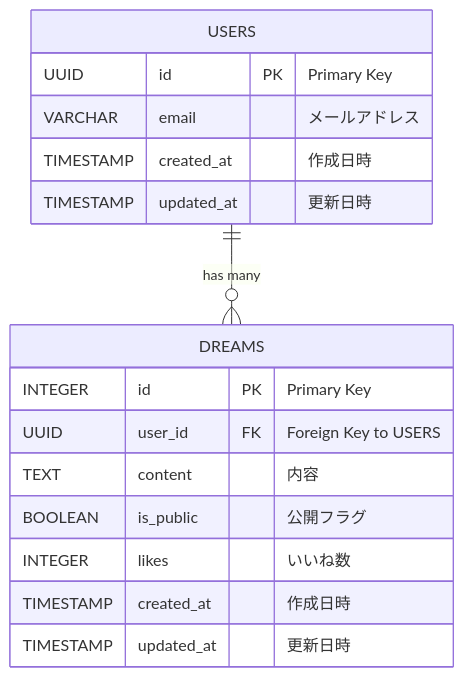
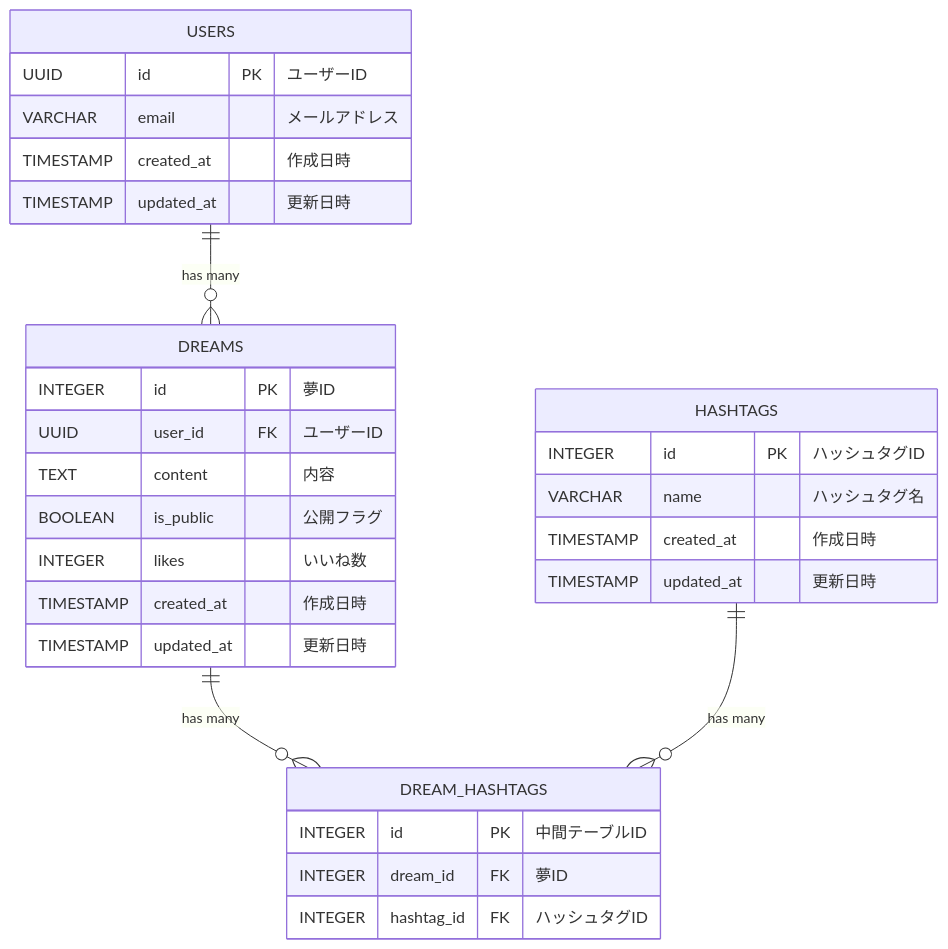
The diagram in README.md (JS-Ninjaaaa/dream-base), drawn with Mermaid before and after one commit. The commit also changed 1 other file, not shown here.

Commit message:
Update ER diagram

````diff
--- a/README.md
+++ b/README.md
@@ -53,19 +53,32 @@
 ```mermaid
 erDiagram
     USERS {
-        UUID id PK "Primary Key"
+        UUID id PK "ユーザーID"
         VARCHAR email "メールアドレス"
         TIMESTAMP created_at "作成日時"
         TIMESTAMP updated_at "更新日時"
     }
     DREAMS {
-        INTEGER id PK "Primary Key"
-        UUID user_id FK "Foreign Key to USERS"
+        INTEGER id PK "夢ID"
+        UUID user_id FK "ユーザーID"
         TEXT content "内容"
         BOOLEAN is_public "公開フラグ"
         INTEGER likes "いいね数"
         TIMESTAMP created_at "作成日時"
         TIMESTAMP updated_at "更新日時"
     }
+    HASHTAGS {
+        INTEGER id PK "ハッシュタグID"
+        VARCHAR name "ハッシュタグ名"
+        TIMESTAMP created_at "作成日時"
+        TIMESTAMP updated_at "更新日時"
+    }
+    DREAM_HASHTAGS {
+		    INTEGER id PK "中間テーブルID"
+        INTEGER dream_id FK "夢ID"
+        INTEGER hashtag_id FK "ハッシュタグID"
+    }
     USERS ||--o{ DREAMS : "has many"
+    DREAMS ||--o{ DREAM_HASHTAGS : "has many"
+    HASHTAGS ||--o{ DREAM_HASHTAGS : "has many"
 ```
````
